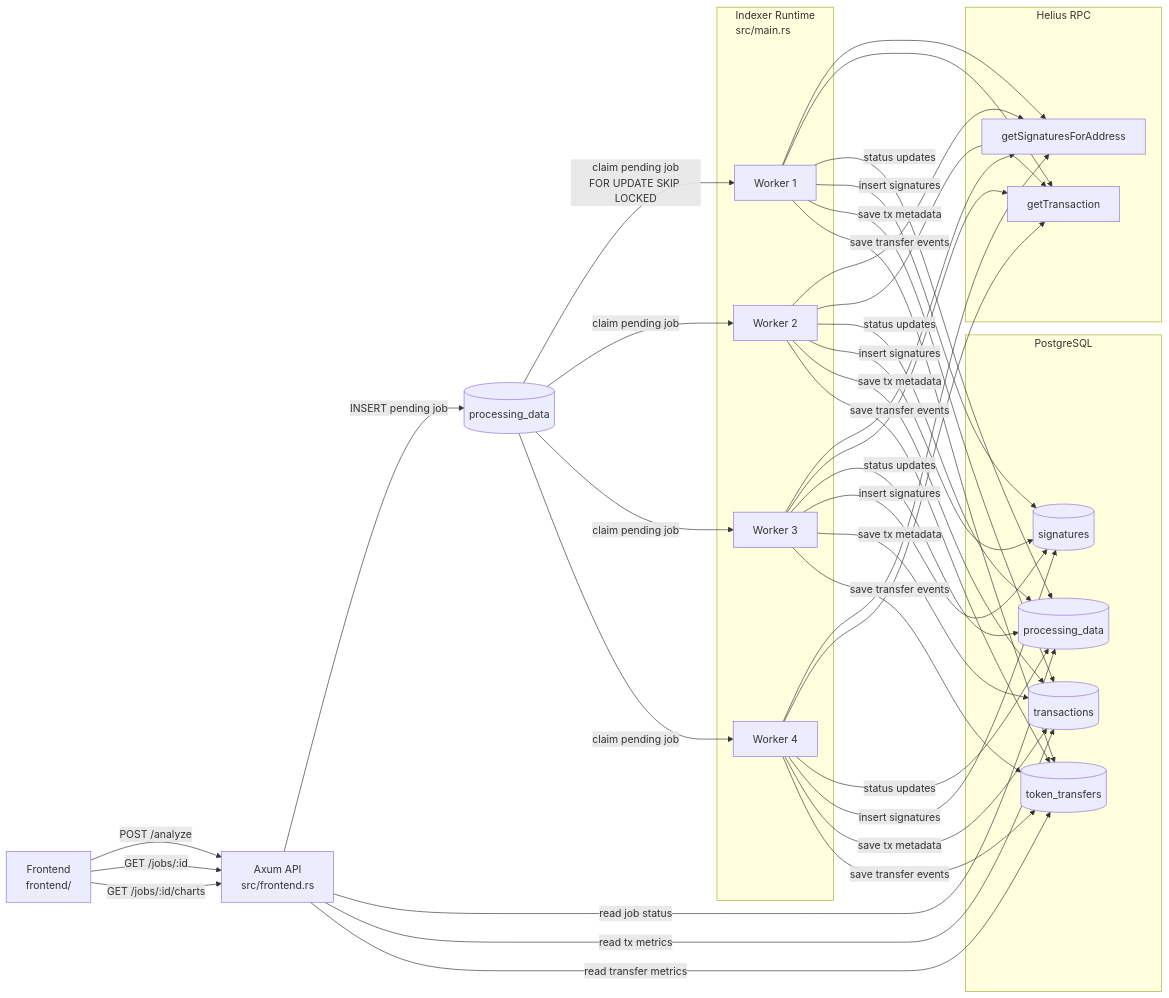
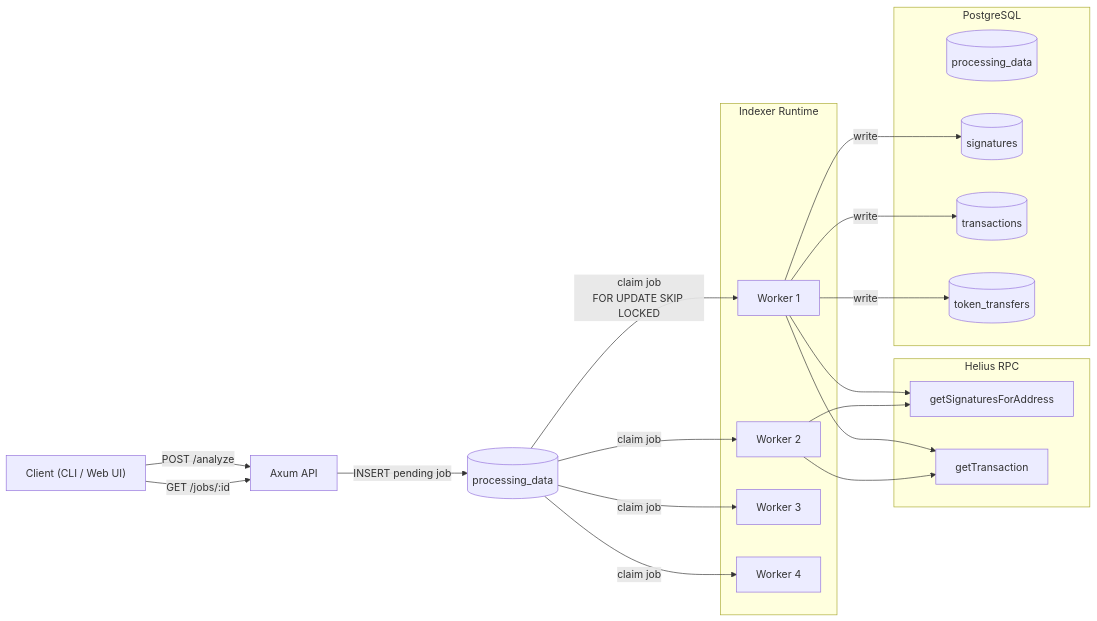
The diagram in README.md (0xNaezo/On-chain-event-indexer), drawn with Mermaid before and after one commit. The commit also changed other lines of this file, not shown here.

````diff
--- a/README.md
+++ b/README.md
@@ -32,65 +42,40 @@
 ```mermaid
 flowchart LR
-    A[Frontend<br/>frontend/] -->|POST /analyze| B[Axum API<br/>src/frontend.rs]
+    A["Client (CLI / Web UI)"] -->|POST /analyze| B[Axum API]
     A -->|GET /jobs/:id| B
-    A -->|GET /jobs/:id/charts| B
 
     B -->|INSERT pending job| C[(processing_data)]
 
-    subgraph W[Indexer Runtime<br/>src/main.rs]
+    subgraph W[Indexer Runtime]
         W1[Worker 1]
         W2[Worker 2]
         W3[Worker 3]
         W4[Worker 4]
     end
 
-    C -->|claim pending job<br/>FOR UPDATE SKIP LOCKED| W1
-    C -->|claim pending job| W2
-    C -->|claim pending job| W3
-    C -->|claim pending job| W4
+    C -->|claim job<br/>FOR UPDATE SKIP LOCKED| W1
+    C -->|claim job| W2
+    C -->|claim job| W3
+    C -->|claim job| W4
 
     subgraph H[Helius RPC]
         H1[getSignaturesForAddress]
         H2[getTransaction]
     end
 
     W1 --> H1
     W1 --> H2
     W2 --> H1
     W2 --> H2
-    W3 --> H1
-    W3 --> H2
-    W4 --> H1
-    W4 --> H2
 
     subgraph DB[PostgreSQL]
         T1[(processing_data)]
         T2[(signatures)]
         T3[(transactions)]
         T4[(token_transfers)]
     end
 
-    B -->|read job status| T1
-    B -->|read tx metrics| T3
-    B -->|read transfer metrics| T4
-
-    W1 -->|status updates| T1
-    W2 -->|status updates| T1
-    W3 -->|status updates| T1
-    W4 -->|status updates| T1
-
-    W1 -->|insert signatures| T2
-    W2 -->|insert signatures| T2
-    W3 -->|insert signatures| T2
-    W4 -->|insert signatures| T2
-
-    W1 -->|save tx metadata| T3
-    W2 -->|save tx metadata| T3
-    W3 -->|save tx metadata| T3
-    W4 -->|save tx metadata| T3
-
-    W1 -->|save transfer events| T4
-    W2 -->|save transfer events| T4
-    W3 -->|save transfer events| T4
-    W4 -->|save transfer events| T4
+    W1 -->|write| T2
+    W1 -->|write| T3
+    W1 -->|write| T4
 ```
````
